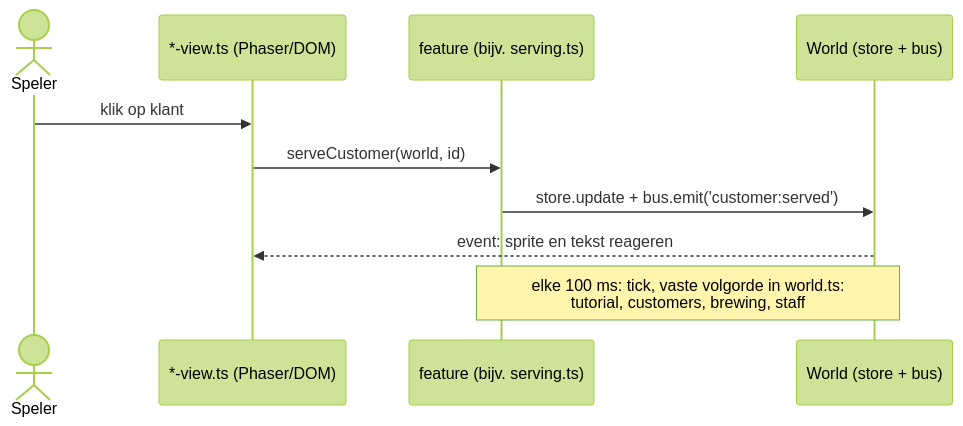
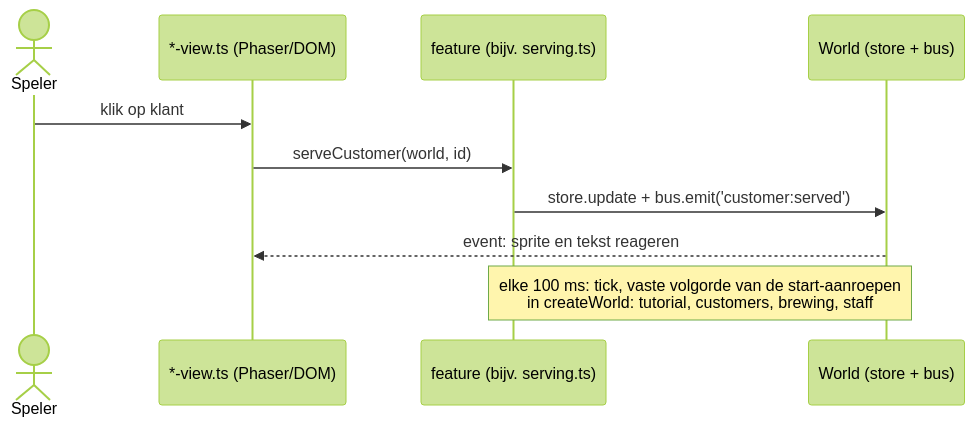
Before and after one commit to TripR27/CrazyGamesGame: the second of 2 diagrams in docs/GAME_ANALYSE.md, drawn with Mermaid (forest theme). The commit also changed other lines of this file and 2 other files, not shown here.

Commit message:
Update SPECS, CLAUDE and GAME_ANALYSE after the flat architecture refactor

````diff
--- a/docs/GAME_ANALYSE.md
+++ b/docs/GAME_ANALYSE.md
@@ -318,12 +318,12 @@
 ```mermaid
 sequenceDiagram
   actor Speler
   participant View as *-view.ts (Phaser/DOM)
   participant F as feature (bijv. serving.ts)
   participant W as World (store + bus)
   Speler->>View: klik op klant
   View->>F: serveCustomer(world, id)
   F->>W: store.update + bus.emit('customer:served')
   W-->>View: event: sprite en tekst reageren
-  Note over W,F: elke 100 ms: tick, vaste volgorde in world.ts:<br/>tutorial, customers, brewing, staff
+  Note over W,F: elke 100 ms: tick, vaste volgorde van de start-aanroepen<br/>in createWorld: tutorial, customers, brewing, staff
 ```
````
